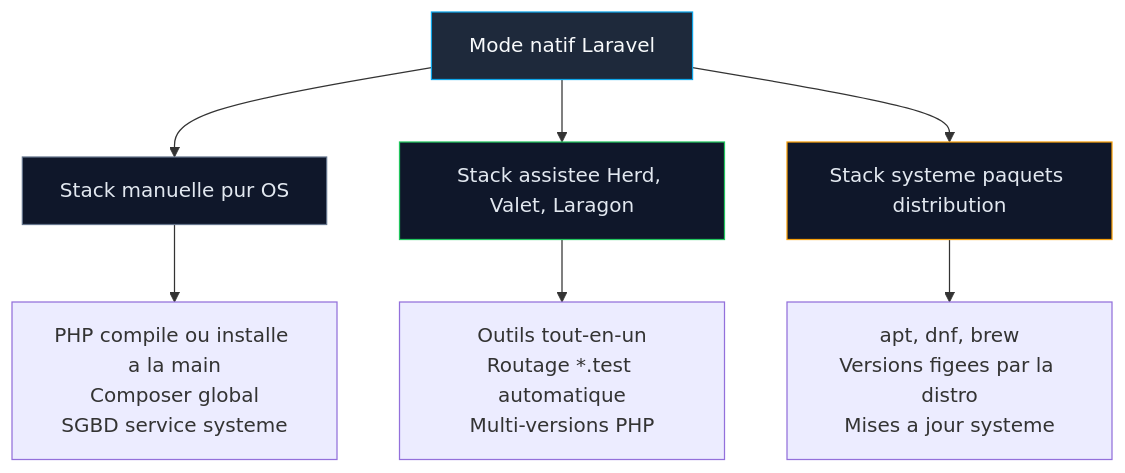
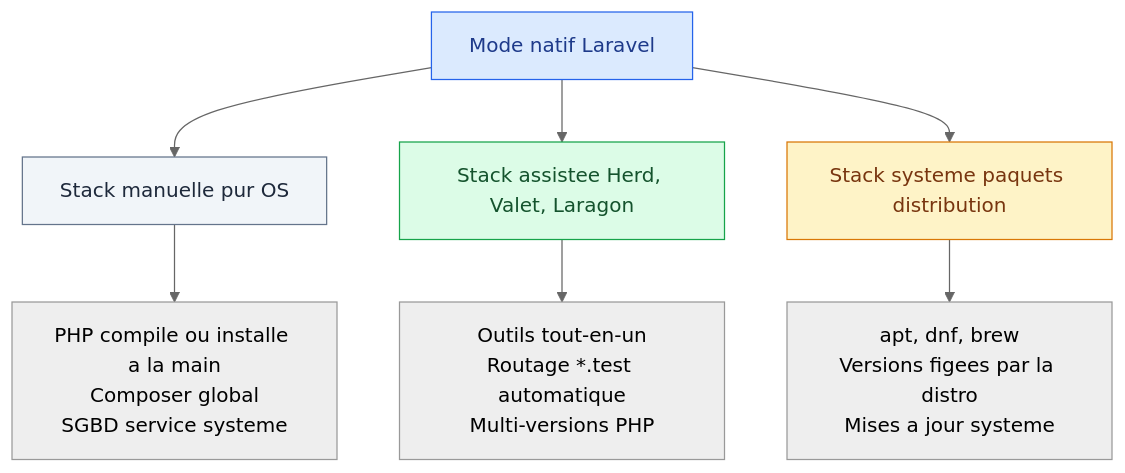
One commit to zyrass/omnydocs changed the first of 4 diagrams in docs/dev-cloud/frameworks/laravel/chapitre-00/04-laravel-sans-docker.md. Above: the diagram before and after it, drawn with Mermaid. The commit also changed other lines of this file and 14 other files, not shown here.

````diff
--- a/docs/dev-cloud/frameworks/laravel/chapitre-00/04-laravel-sans-docker.md
+++ b/docs/dev-cloud/frameworks/laravel/chapitre-00/04-laravel-sans-docker.md
@@ -58,14 +58,15 @@
 ```mermaid
+%%{init: {'theme':'neutral'}}%%
 flowchart TB
     A[Mode natif Laravel] --> B[Stack manuelle pur OS]
     A --> C[Stack assistee Herd, Valet, Laragon]
     A --> D[Stack systeme paquets distribution]
     B --> B1[PHP compile ou installe a la main<br/>Composer global<br/>SGBD service systeme]
     C --> C1[Outils tout-en-un<br/>Routage *.test automatique<br/>Multi-versions PHP]
     D --> D1[apt, dnf, brew<br/>Versions figees par la distro<br/>Mises a jour systeme]
 
-    style A fill:#1e293b,stroke:#0ea5e9,color:#f8fafc
-    style B fill:#0f172a,stroke:#64748b,color:#e2e8f0
-    style C fill:#0f172a,stroke:#22c55e,color:#e2e8f0
-    style D fill:#0f172a,stroke:#f59e0b,color:#e2e8f0
+    style A fill:#dbeafe,stroke:#2563eb,color:#1e3a8a
+    style B fill:#f1f5f9,stroke:#64748b,color:#1e293b
+    style C fill:#dcfce7,stroke:#16a34a,color:#14532d
+    style D fill:#fef3c7,stroke:#d97706,color:#78350f
 ```
````
